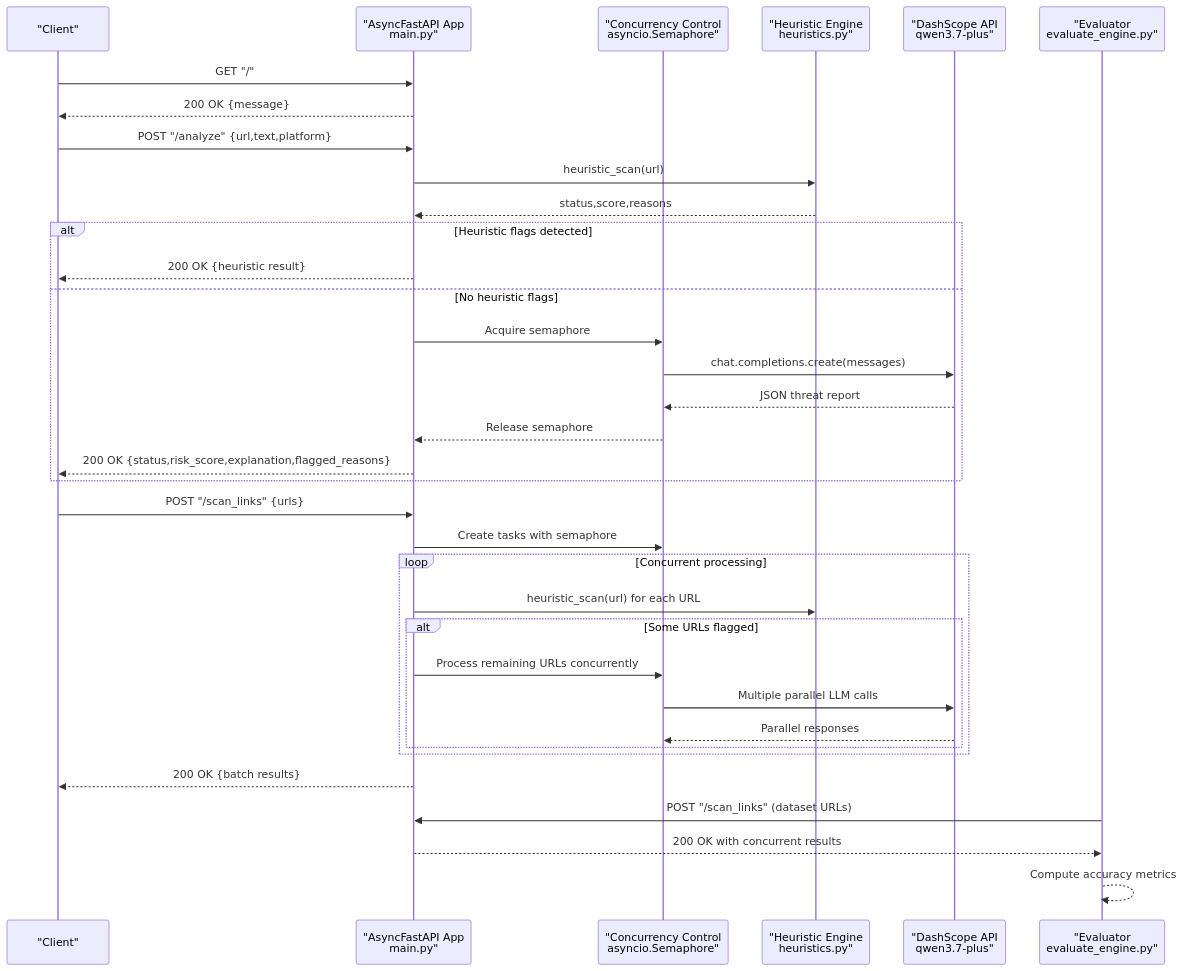
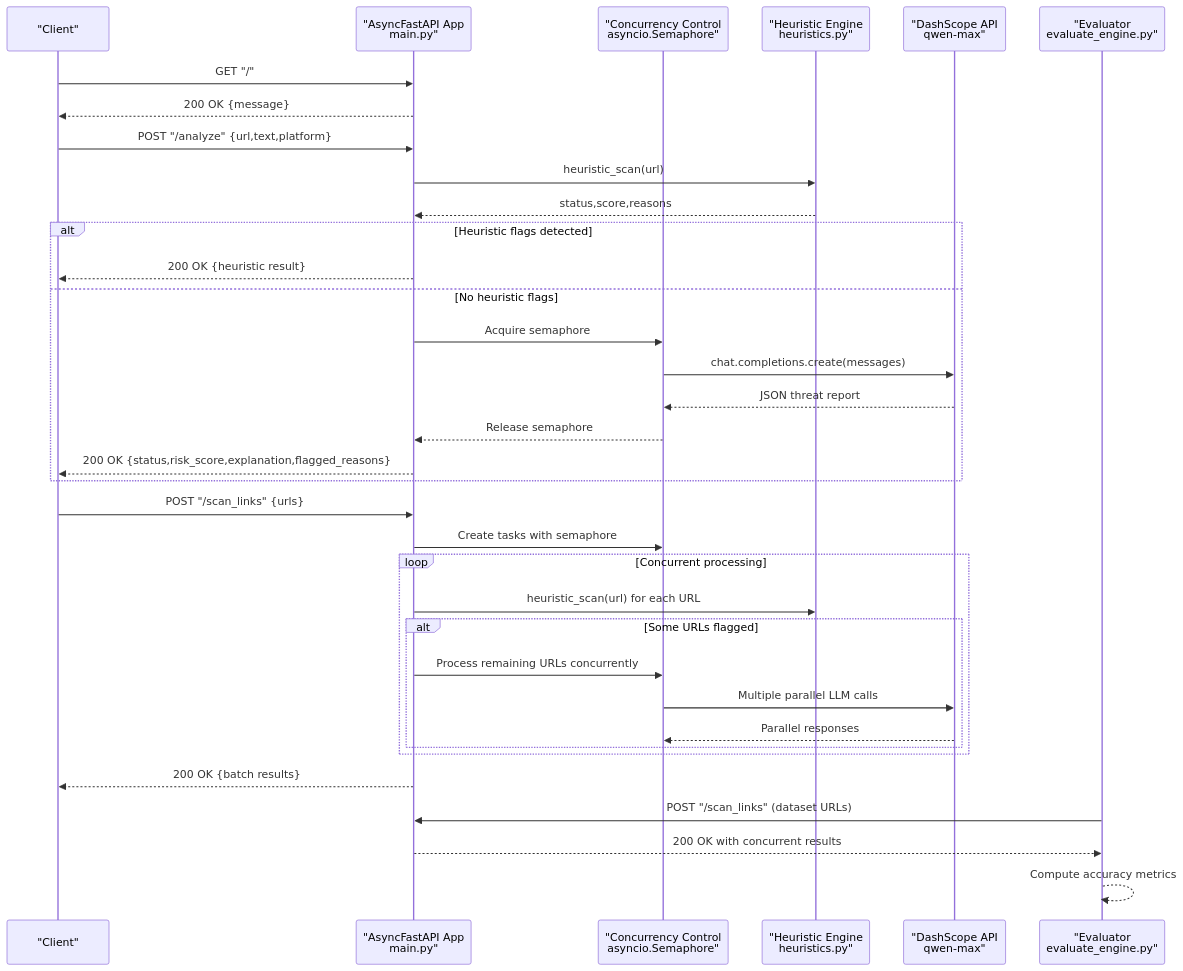
The second of 5 diagrams in .qoder/repowiki/en/content/Backend API Documentation.md (Aymanaahh/scrollguard-ai), drawn with Mermaid before and after one commit. The commit also changed other lines of this file and 34 other files, not shown here.

````diff
--- a/.qoder/repowiki/en/content/Backend API Documentation.md
+++ b/.qoder/repowiki/en/content/Backend API Documentation.md
@@ -111,37 +122,37 @@
 ```mermaid
 sequenceDiagram
 participant Client as "Client"
 participant FastAPI as "AsyncFastAPI App<br/>main.py"
 participant Semaphore as "Concurrency Control<br/>asyncio.Semaphore"
 participant Heuristics as "Heuristic Engine<br/>heuristics.py"
-participant LLM as "DashScope API<br/>qwen3.7-plus"
+participant LLM as "DashScope API<br/>qwen-max"
 participant Eval as "Evaluator<br/>evaluate_engine.py"
 Client->>FastAPI : GET "/"
 FastAPI-->>Client : 200 OK {message}
 Client->>FastAPI : POST "/analyze" {url,text,platform}
 FastAPI->>Heuristics : heuristic_scan(url)
 Heuristics-->>FastAPI : status,score,reasons
 alt Heuristic flags detected
 FastAPI-->>Client : 200 OK {heuristic result}
 else No heuristic flags
 FastAPI->>Semaphore : Acquire semaphore
 Semaphore->>LLM : chat.completions.create(messages)
 LLM-->>Semaphore : JSON threat report
 Semaphore-->>FastAPI : Release semaphore
 FastAPI-->>Client : 200 OK {status,risk_score,explanation,flagged_reasons}
 end
 Client->>FastAPI : POST "/scan_links" {urls}
 FastAPI->>Semaphore : Create tasks with semaphore
 loop Concurrent processing
 FastAPI->>Heuristics : heuristic_scan(url) for each URL
 alt Some URLs flagged
 FastAPI->>Semaphore : Process remaining URLs concurrently
 Semaphore->>LLM : Multiple parallel LLM calls
 LLM-->>Semaphore : Parallel responses
 end
 end
 FastAPI-->>Client : 200 OK {batch results}
 Eval->>FastAPI : POST "/scan_links" (dataset URLs)
 FastAPI-->>Eval : 200 OK with concurrent results
 Eval-->>Eval : Compute accuracy metrics
 ```
````
